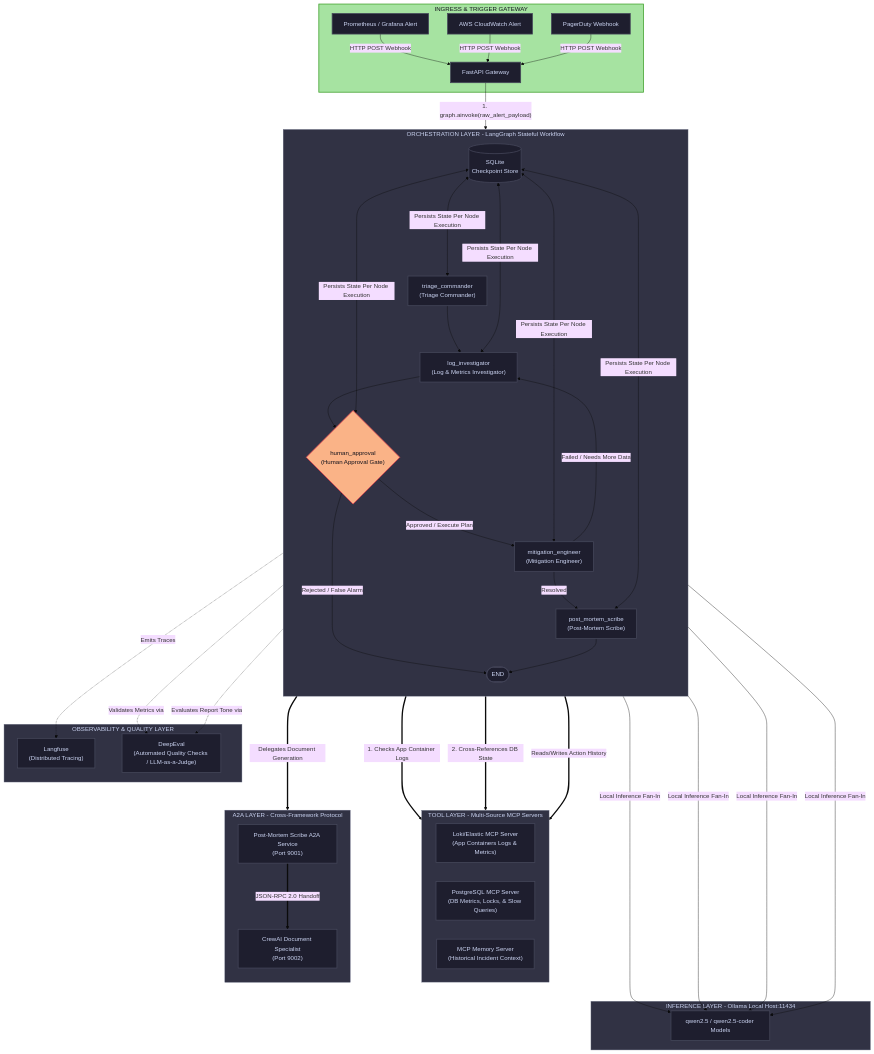
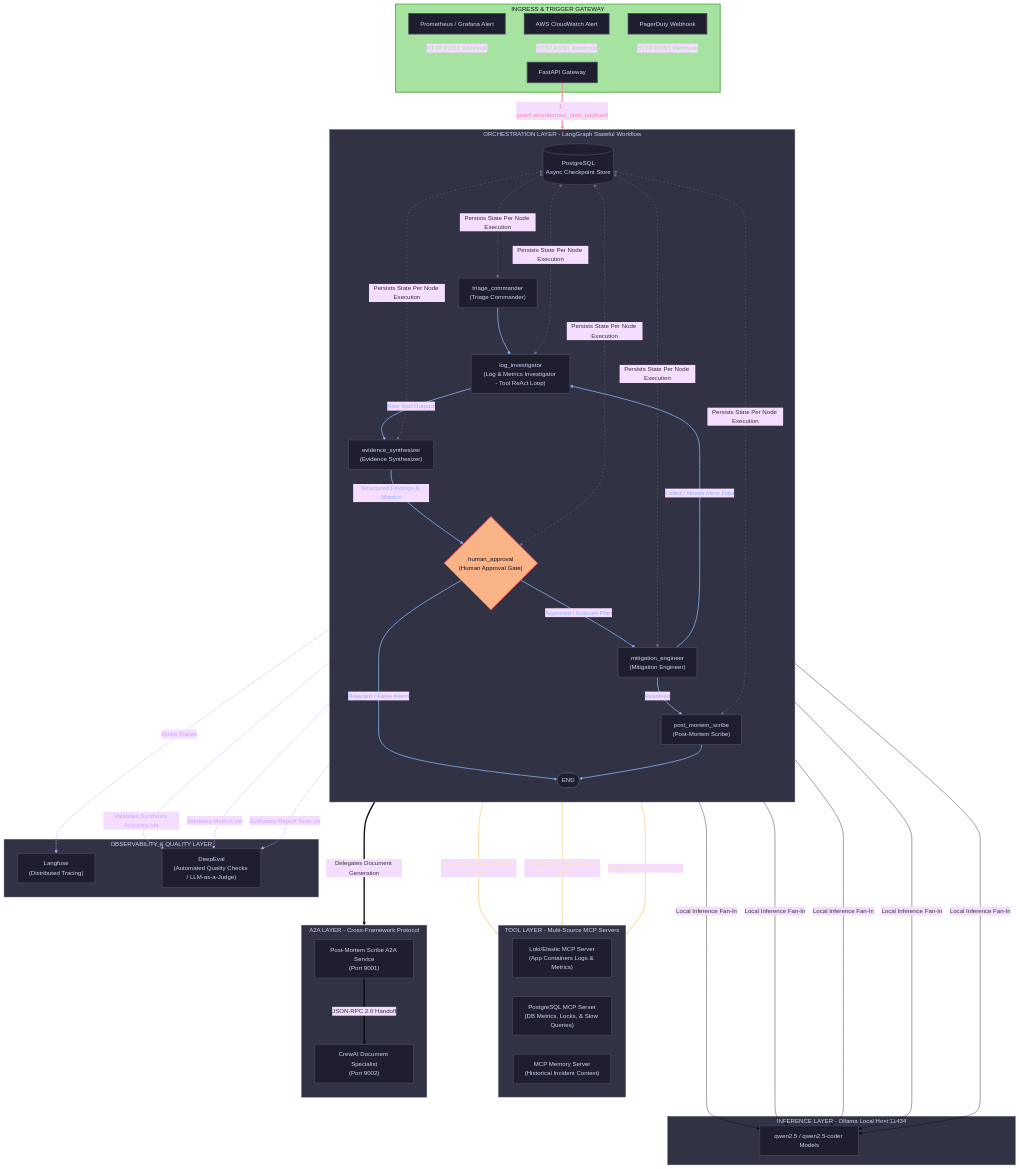
The second of 2 diagrams in README.md (aahj/automated-infrastructure-and-post-mortem-engine), drawn with Mermaid (base theme) before and after one commit. The commit also changed other lines of this file, not shown here.

````diff
--- a/README.md
+++ b/README.md
@@ -45,17 +47,20 @@
         PD[PagerDuty Webhook] -->|HTTP POST Webhook| API
     end
 
-    %% Orchestration Layer (LangGraph)
+    %% Orchestration Layer (LangGraph Stateful Workflow)
     subgraph ORCH [ORCHESTRATION LAYER - LangGraph Stateful Workflow]
         direction TB
         
         %% Entry Node
         TP[triage_commander<br/>#40;Triage Commander#41;]
         
-        %% Core Diagnostic Node (Read-Only)
-        LI[log_investigator<br/>#40;Log & Metrics Investigator#41;]
+        %% Core Diagnostic Node
+        LI[log_investigator<br/>#40;Log & Metrics Investigator - Tool ReAct Loop#41;]
+
+        %% Diagnostic Structuring Node
+        ES[evidence_synthesizer<br/>#40;Evidence Synthesizer#41;]
         
-        %% Stateful Intercept (Write-Protection Gate)
+        %% Stateful Intercept
         HA{human_approval<br/>#40;Human Approval Gate#41;}
         
         %% Core Action & Report Nodes
@@ -64,7 +69,8 @@
         
         %% Flow Connections
         TP --> LI
-        LI --> HA
+        LI -->|Raw Tool Outputs| ES
+        ES -->|Structured Findings & Metrics| HA
         HA -->|Approved / Execute Plan| ME
         HA -->|Rejected / False Alarm| END_NODE([END])
         
@@ -72,8 +78,8 @@
         ME -->|Failed / Needs More Data| LI
         PMS --> END_NODE
         
-        %% Checkpoint Storage
-        DB[(SQLite<br/>Checkpoint Store)] <--->|Persists State Per Node Execution| TP & LI & HA & ME & PMS
+        %% Checkpoint Storage 
+        DB[(PostgreSQL<br/>Async Checkpoint Store)] <--->|Persists State Per Node Execution| TP & LI & ES & HA & ME & PMS
     end
 
     %% Webhook transfers raw payload straight to initial state graph execution
@@ -87,6 +93,7 @@
 
     %% Connect Orchestrator to Observability Callbacks
     ORCH -.->|Emits Traces| LF
+    ES -.->|Validates Synthesis Accuracy via| DE
     ME -.->|Validates Metrics via| DE
     PMS -.->|Evaluates Report Tone via| DE
 
@@ -109,7 +116,7 @@
     end
 
     %% All LLM Nodes query Ollama
-    TP & LI & ME & PMS ---->|Local Inference Fan-In| LLM
+    TP & LI & ES & ME & PMS ---->|Local Inference Fan-In| LLM
 
     %% External Delegation Layer (Agent-to-Agent Protocol)
     subgraph A2A [A2A LAYER - Cross-Framework Protocol]
@@ -131,4 +138,26 @@
     class ORCH,OBS,TOOL,INF,A2A layer;
     class HA highlight;
     class INGRESS ingress;
+
+    %% --------------------------------------------------
+    %% EDGE STYLING 
+    %% --------------------------------------------------
+    
+    %% Ingress webhook edges (Green)
+    linkStyle 0,1,2 stroke:#a6e3a1,stroke-width:2px,color:#a6e3a1
+
+    %% Internal Orchestration flow (Blue)
+    linkStyle 3,4,5,6,7,8,9,10 stroke:#89b4fa,stroke-width:2px,color:#89b4fa
+
+    %% DB Checkpoint links (Grey/Subdued)
+    linkStyle 11,12,13,14,15,16 stroke:#6c7086,stroke-width:1px,stroke-dasharray:5
+
+    %% Webhook to Graph execution (Red/Important)
+    linkStyle 17 stroke:#f38ba8,stroke-width:3px,color:#f38ba8
+
+    %% Observability callbacks (Purple)
+    linkStyle 18,19,20,21 stroke:#cba6f7,stroke-width:2px,color:#cba6f7
+
+    %% Tool Execution thick edges (Yellow/Orange)
+    linkStyle 22,23,24 stroke:#f9e2af,stroke-width:3px,color:#f9e2af
 ```
````
